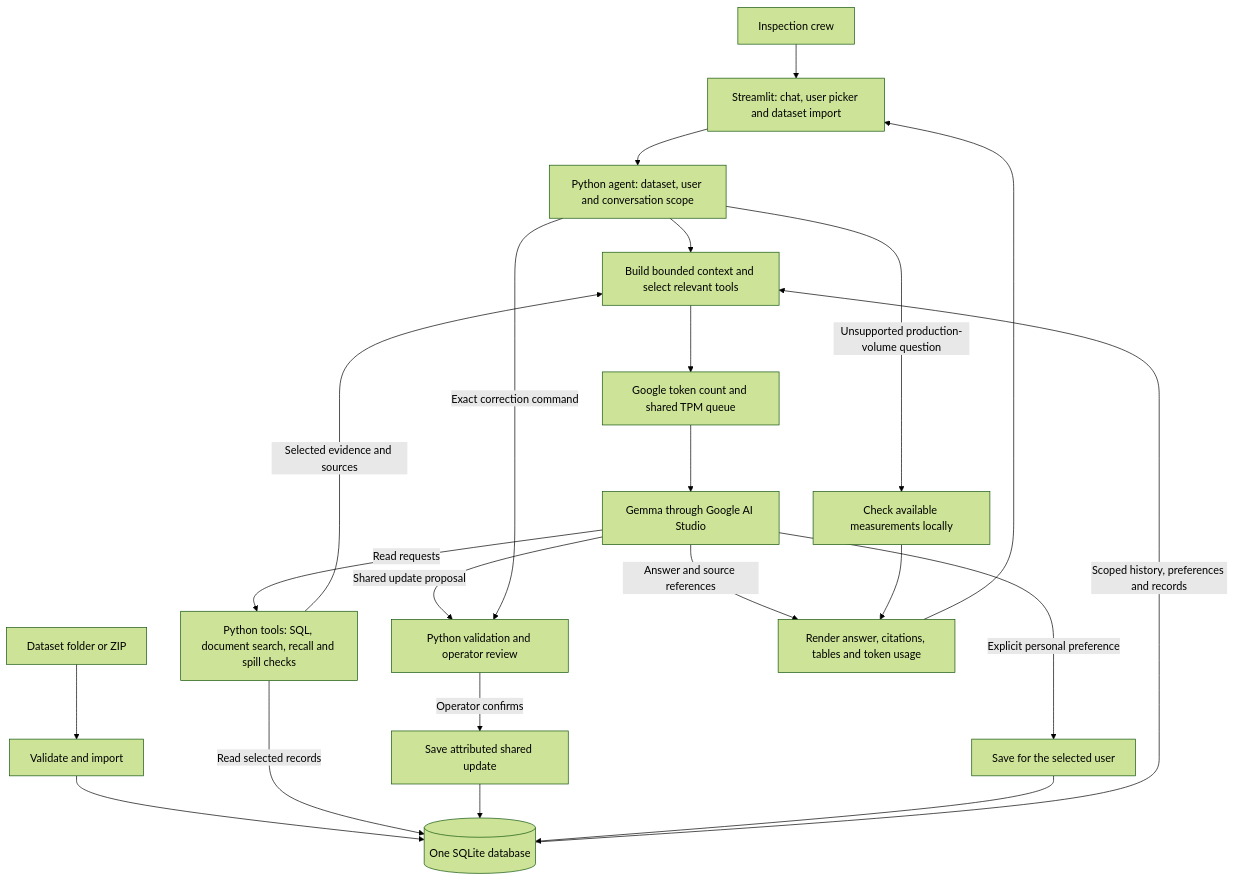
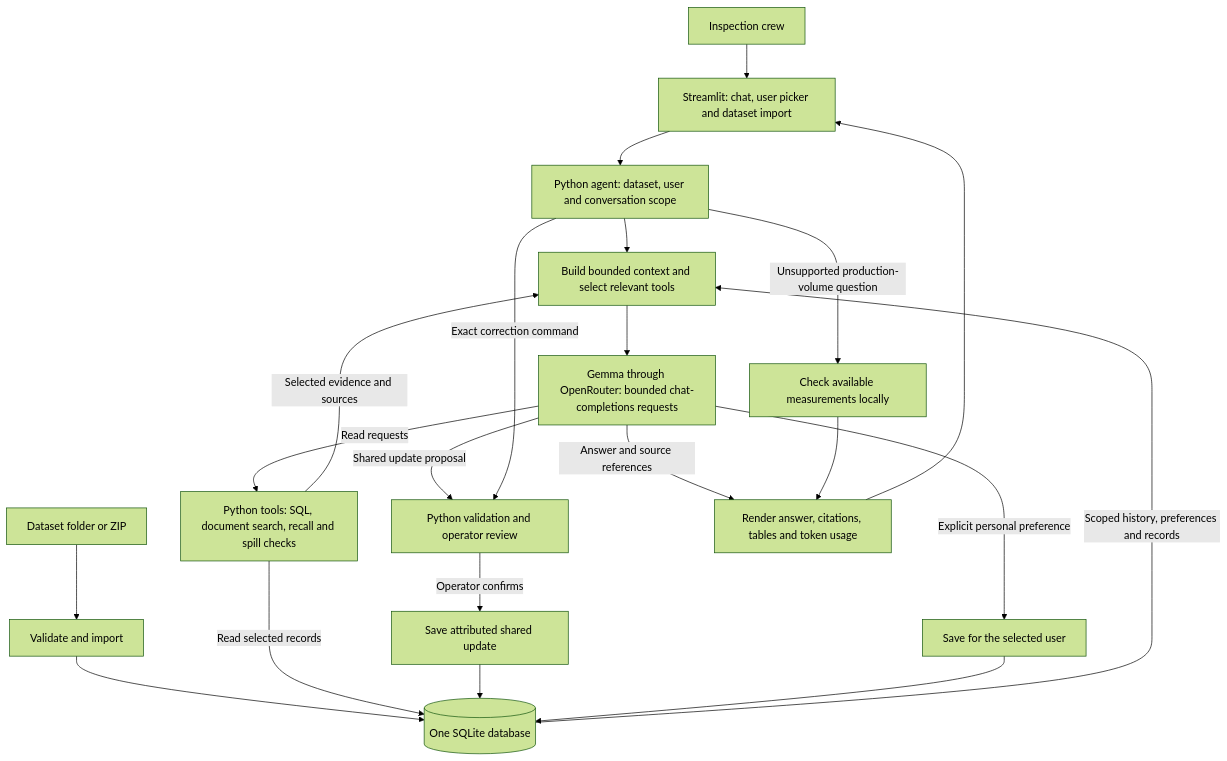
The diagram in README.md (Amar2210/flytbase-ahc-swe-asset-intelligence), drawn with Mermaid (forest theme) before and after one commit. The commit also changed other lines of this file and 19 other files, not shown here.

First line of the commit message:
Use OpenRouter only and remove local model scheduling

````diff
--- a/README.md
+++ b/README.md
@@ -70,24 +70,23 @@
 ```mermaid
 flowchart TD
     Crew["Inspection crew"] --> UI["Streamlit: chat, user picker and dataset import"]
     Files["Dataset folder or ZIP"] --> Import["Validate and import"]
     Import --> DB[("One SQLite database")]
     UI --> Agent["Python agent: dataset, user and conversation scope"]
     Agent --> Context["Build bounded context and select relevant tools"]
     DB -->|"Scoped history, preferences and records"| Context
-    Context --> Budget["Google token count and shared TPM queue"]
-    Budget --> Model["Gemma through Google AI Studio"]
+    Context --> Model["Gemma through OpenRouter: bounded chat-completions requests"]
     Model -->|"Read requests"| Read["Python tools: SQL, document search, recall and spill checks"]
     Read -->|"Read selected records"| DB
     Read -->|"Selected evidence and sources"| Context
     Model -->|"Shared update proposal"| Review["Python validation and operator review"]
     Review -->|"Operator confirms"| Write["Save attributed shared update"]
     Write --> DB
     Model -->|"Explicit personal preference"| Private["Save for the selected user"]
     Private --> DB
     Model -->|"Answer and source references"| Output["Render answer, citations, tables and token usage"]
     Output --> UI
     Agent -->|"Exact correction command"| Review
     Agent -->|"Unsupported production-volume question"| Local["Check available measurements locally"]
     Local --> Output
 ```
````
